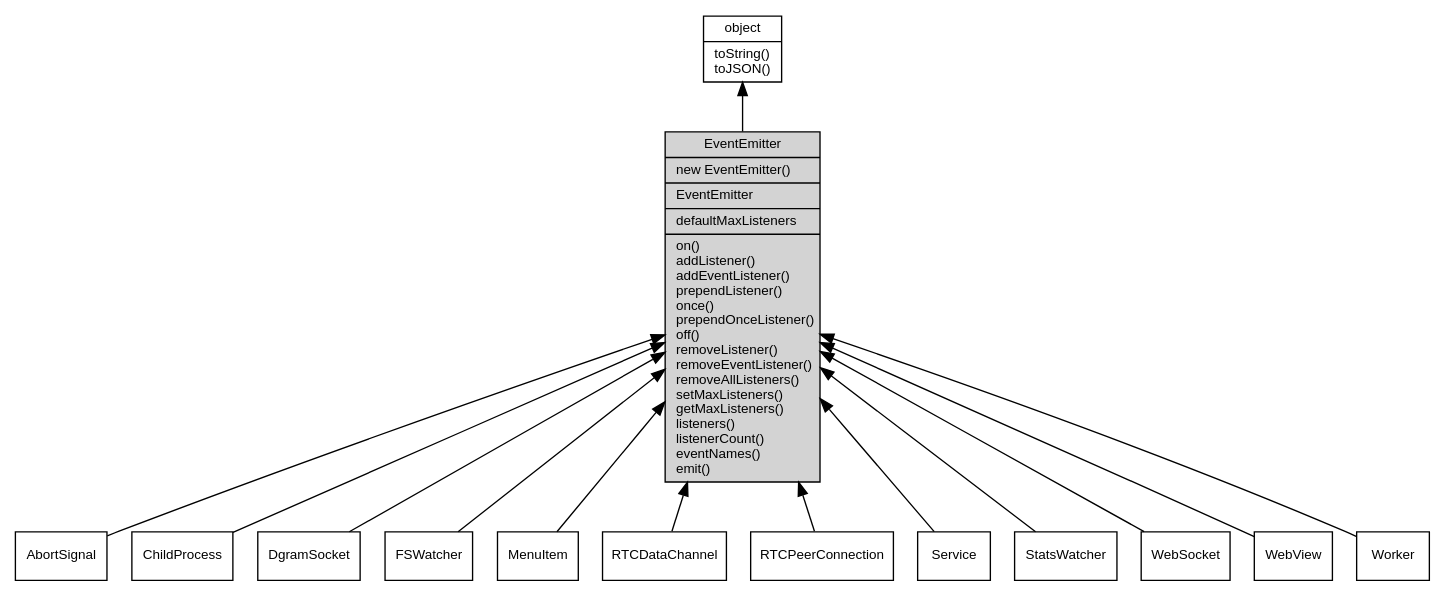
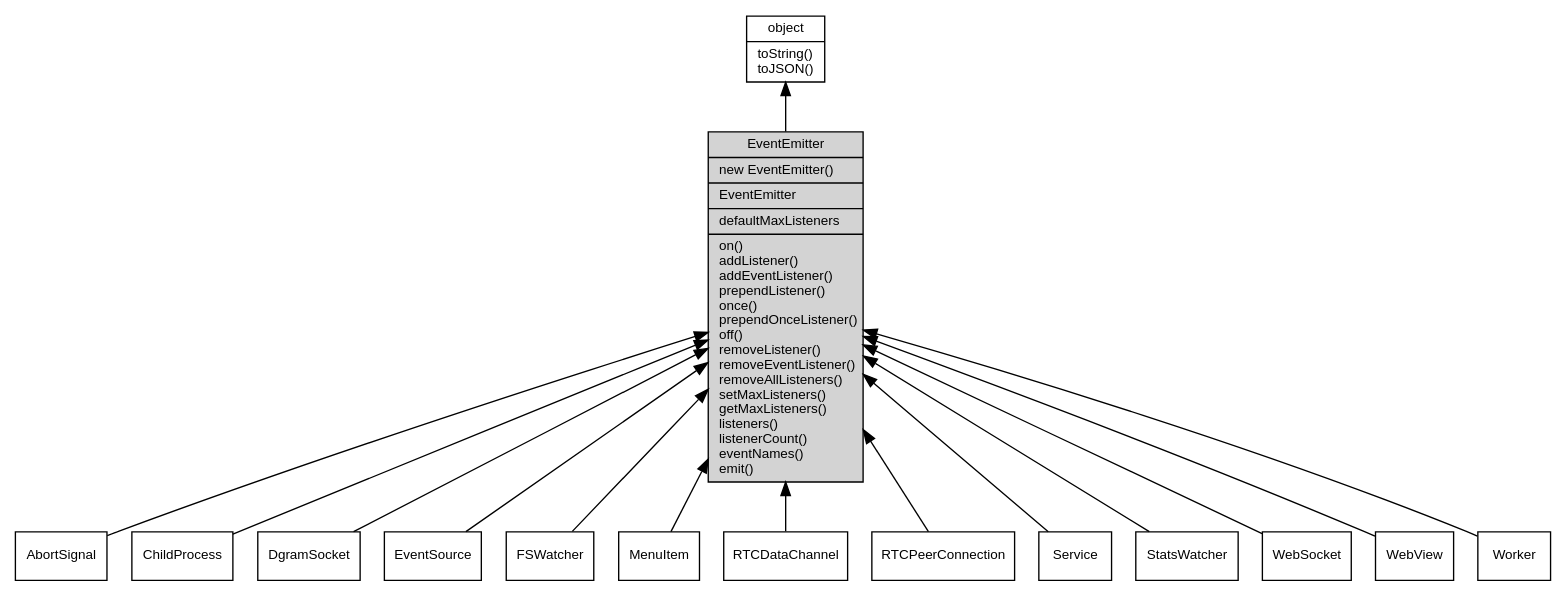
Before and after one commit to fibjs/fibjs.org: the diagram in docs/manual/object/ifs/EventEmitter.md, drawn with Graphviz. The commit also changed 63 other files, not shown here.

````diff
--- a/docs/manual/object/ifs/EventEmitter.md
+++ b/docs/manual/object/ifs/EventEmitter.md
@@ -41,34 +41,36 @@
 ```dot
 digraph {
     node [fontname="Helvetica,sans-Serif", fontsize=10, shape="record", style="filled", fillcolor="white"];
 
     object [tooltip="object", URL="object.md", label="{object|toString()\ltoJSON()\l}"];
     EventEmitter [tooltip="EventEmitter", fillcolor="lightgray", id="me", label="{EventEmitter|new EventEmitter()\l|EventEmitter\l|defaultMaxListeners\l|on()\laddListener()\laddEventListener()\lprependListener()\lonce()\lprependOnceListener()\loff()\lremoveListener()\lremoveEventListener()\lremoveAllListeners()\lsetMaxListeners()\lgetMaxListeners()\llisteners()\llistenerCount()\leventNames()\lemit()\l}"];
     AbortSignal [tooltip="AbortSignal", URL="AbortSignal.md", label="{AbortSignal}"];
     ChildProcess [tooltip="ChildProcess", URL="ChildProcess.md", label="{ChildProcess}"];
     DgramSocket [tooltip="DgramSocket", URL="DgramSocket.md", label="{DgramSocket}"];
+    EventSource [tooltip="EventSource", URL="EventSource.md", label="{EventSource}"];
     FSWatcher [tooltip="FSWatcher", URL="FSWatcher.md", label="{FSWatcher}"];
     MenuItem [tooltip="MenuItem", URL="MenuItem.md", label="{MenuItem}"];
     RTCDataChannel [tooltip="RTCDataChannel", URL="RTCDataChannel.md", label="{RTCDataChannel}"];
     RTCPeerConnection [tooltip="RTCPeerConnection", URL="RTCPeerConnection.md", label="{RTCPeerConnection}"];
     Service [tooltip="Service", URL="Service.md", label="{Service}"];
     StatsWatcher [tooltip="StatsWatcher", URL="StatsWatcher.md", label="{StatsWatcher}"];
     WebSocket [tooltip="WebSocket", URL="WebSocket.md", label="{WebSocket}"];
     WebView [tooltip="WebView", URL="WebView.md", label="{WebView}"];
     Worker [tooltip="Worker", URL="Worker.md", label="{Worker}"];
 
     object -> EventEmitter [dir=back];
     EventEmitter -> AbortSignal [dir=back];
     EventEmitter -> ChildProcess [dir=back];
     EventEmitter -> DgramSocket [dir=back];
+    EventEmitter -> EventSource [dir=back];
     EventEmitter -> FSWatcher [dir=back];
     EventEmitter -> MenuItem [dir=back];
     EventEmitter -> RTCDataChannel [dir=back];
     EventEmitter -> RTCPeerConnection [dir=back];
     EventEmitter -> Service [dir=back];
     EventEmitter -> StatsWatcher [dir=back];
     EventEmitter -> WebSocket [dir=back];
     EventEmitter -> WebView [dir=back];
     EventEmitter -> Worker [dir=back];
 }
 ```
````
